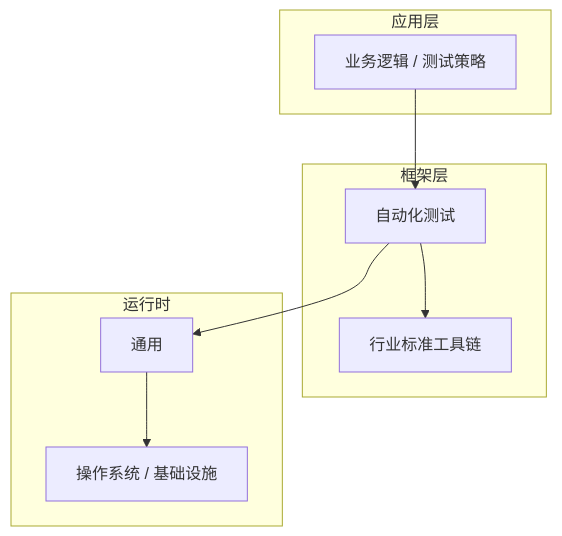
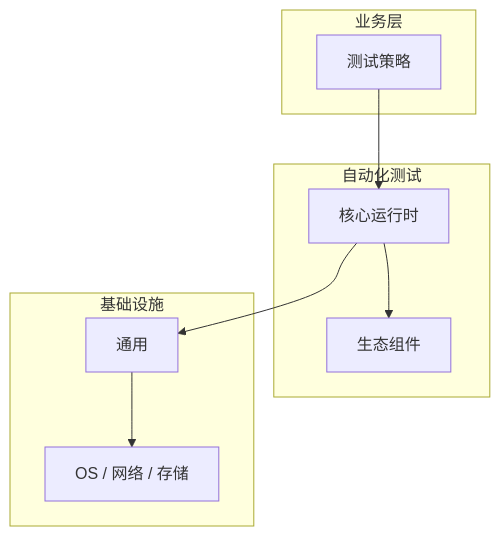
Before and after one commit to yanggan2015/knowledge-json-v2: the diagram in articles/自动化测试/chapters/089-测试策略核心概念与原理.md, drawn with Mermaid. The commit also changed other lines of this file and 10127 other files, not shown here.

````diff
--- a/articles/自动化测试/chapters/089-测试策略核心概念与原理.md
+++ b/articles/自动化测试/chapters/089-测试策略核心概念与原理.md
@@ -45,18 +34,18 @@
 ```mermaid
 graph TB
-    subgraph 应用层
-        A[业务逻辑 / 测试策略]
+    subgraph 业务层
+        A[测试策略]
     end
-    subgraph 框架层
-        B[自动化测试]
-        C[行业标准工具链]
+    subgraph 自动化测试
+        B[核心运行时]
+        C[生态组件]
     end
-    subgraph 运行时
+    subgraph 基础设施
         D[通用]
-        E[操作系统 / 基础设施]
+        E[OS / 网络 / 存储]
     end
     A --> B
     B --> C
     B --> D
     D --> E
 ```
````
